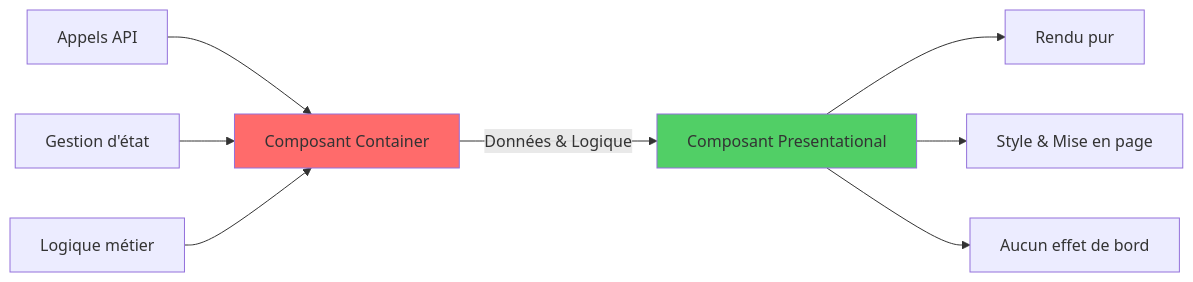
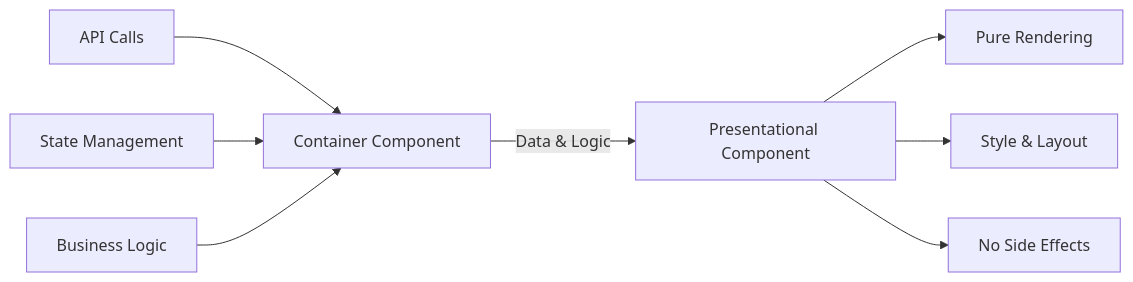
Before and after one commit to BabaScience/react-guides: the seventh of 12 diagrams in arguments/chapters/fr/03-component-patterns-best-practices.md, drawn with Mermaid. The commit also changed other lines of this file and 29 other files, not shown here.

First line of the commit message:
Bring React FR/IT translations to full English parity + theme-safe diagrams

````diff
--- a/arguments/chapters/fr/03-component-patterns-best-practices.md
+++ b/arguments/chapters/fr/03-component-patterns-best-practices.md
@@ -253,15 +1092,13 @@
 ```mermaid
 graph LR
-    A[Composant Container] -->|Données & Logique| B[Composant Presentational]
+    A[Container Component] -->|Data & Logic| B[Presentational Component]
     
-    C[Appels API] --> A
-    D[Gestion d'état] --> A
-    E[Logique métier] --> A
+    C[API Calls] --> A
+    D[State Management] --> A
+    E[Business Logic] --> A
     
-    B --> F[Rendu pur]
-    B --> G[Style & Mise en page]
-    B --> H[Aucun effet de bord]
+    B --> F[Pure Rendering]
+    B --> G[Style & Layout]
+    B --> H[No Side Effects]
     
-    style A fill:#ff6b6b
-    style B fill:#51cf66
 ```
````
